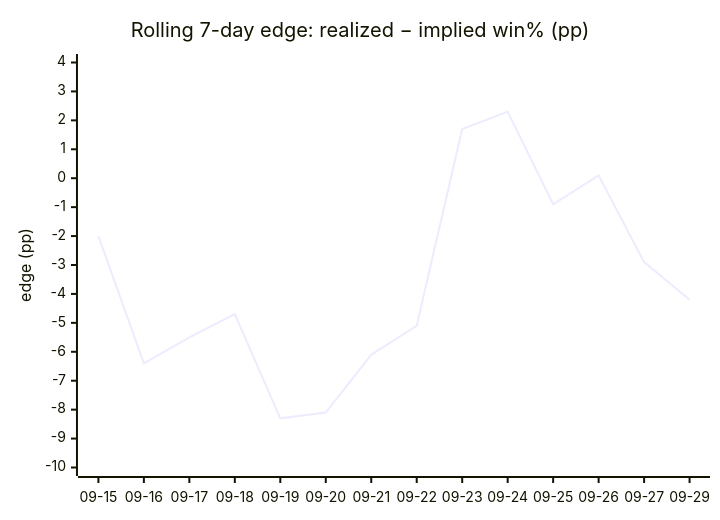
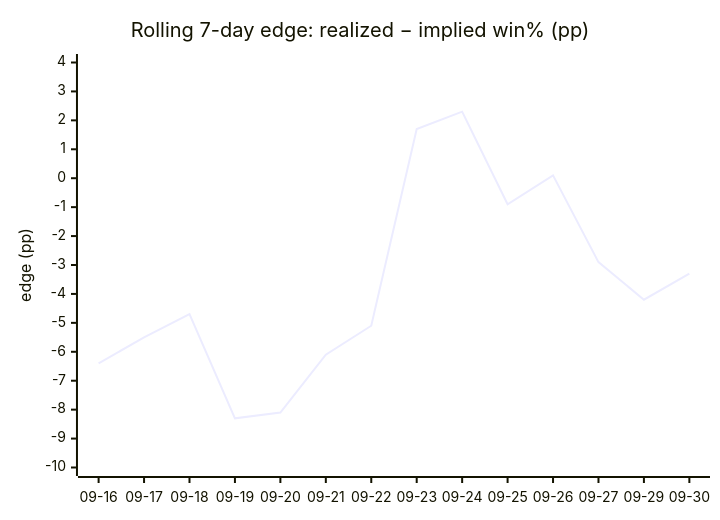
Before and after one commit to dpk1212/nhl-savant: the fourth of 4 diagrams in DAILY_AGSU_REPORT.md, drawn with Mermaid. The commit also changed other lines of this file, not shown here.

````diff
--- a/DAILY_AGSU_REPORT.md
+++ b/DAILY_AGSU_REPORT.md
@@ -847,7 +848,7 @@
 ```mermaid
 xychart-beta
     title "Rolling 7-day edge: realized − implied win% (pp)"
-    x-axis ["09-15", "09-16", "09-17", "09-18", "09-19", "09-20", "09-21", "09-22", "09-23", "09-24", "09-25", "09-26", "09-27", "09-29"]
+    x-axis ["09-16", "09-17", "09-18", "09-19", "09-20", "09-21", "09-22", "09-23", "09-24", "09-25", "09-26", "09-27", "09-29", "09-30"]
     y-axis "edge (pp)" -10 --> 4
-    line [-2, -6.4, -5.5, -4.7, -8.3, -8.1, -6.1, -5.1, 1.7, 2.3, -0.9, 0.1, -2.9, -4.2]
+    line [-6.4, -5.5, -4.7, -8.3, -8.1, -6.1, -5.1, 1.7, 2.3, -0.9, 0.1, -2.9, -4.2, -3.3]
 ```
````
